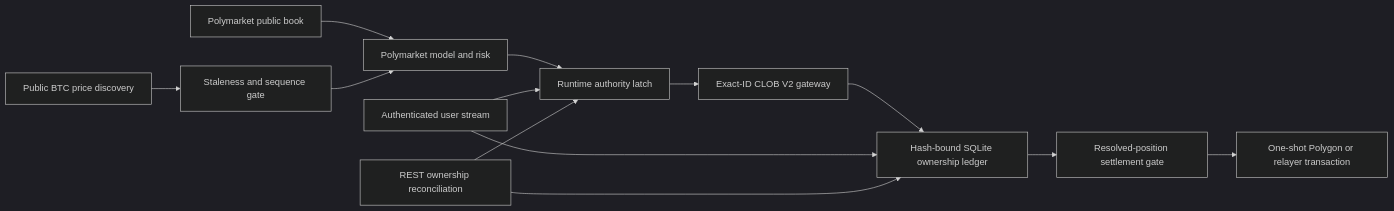
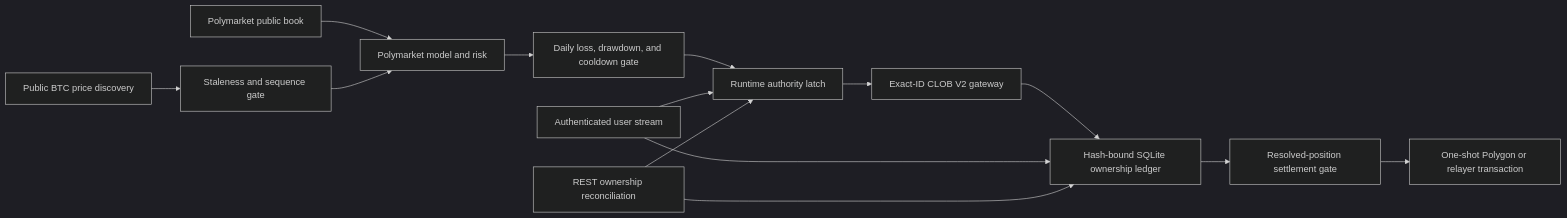
Before and after one commit to strmt7/simple_ai_trading: the diagram in docs/POLYMARKET_LIVE_EXECUTION.md, drawn with Mermaid (dark theme). The commit also changed other lines of this file and 320 other files, not shown here.

````diff
--- a/docs/POLYMARKET_LIVE_EXECUTION.md
+++ b/docs/POLYMARKET_LIVE_EXECUTION.md
@@ -21,15 +28,16 @@
 ```mermaid
 flowchart LR
     B["Public BTC price discovery"] --> F["Staleness and sequence gate"]
     P["Polymarket public book"] --> M["Polymarket model and risk"]
     F --> M
-    M --> A["Runtime authority latch"]
+    M --> D["Daily loss, drawdown, and cooldown gate"]
+    D --> A["Runtime authority latch"]
     U["Authenticated user stream"] --> A
     R["REST ownership reconciliation"] --> A
     A --> E["Exact-ID CLOB V2 gateway"]
     E --> L["Hash-bound SQLite ownership ledger"]
     L --> S["Resolved-position settlement gate"]
     S --> X["One-shot Polygon or relayer transaction"]
     U --> L
     R --> L
 ```
````
